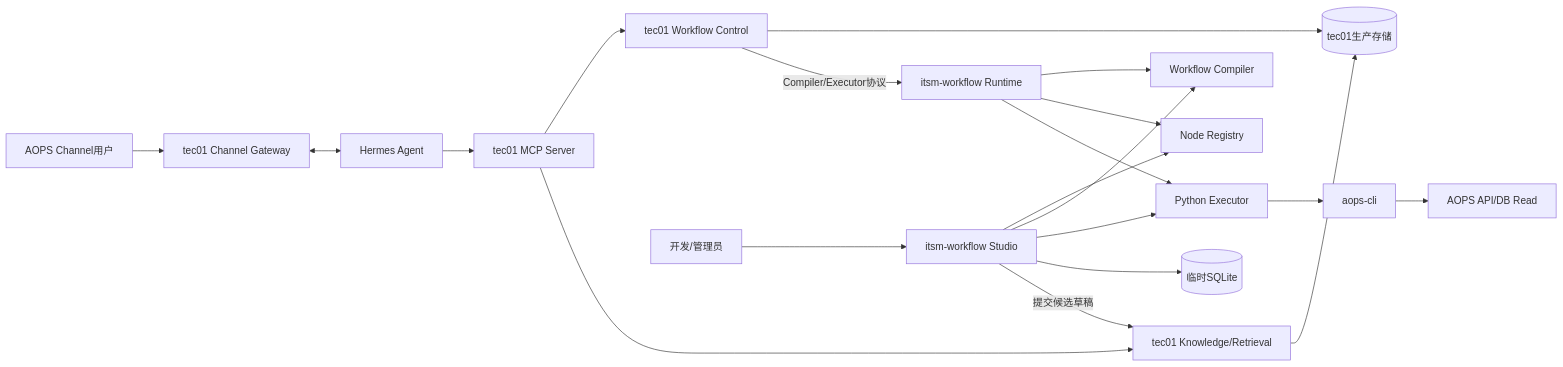
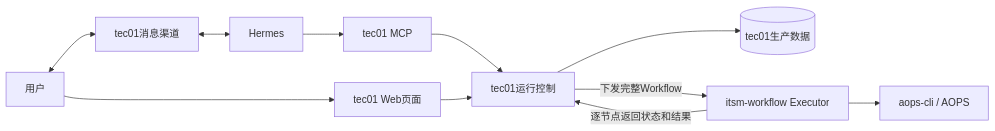
Before and after one commit to armin1024/itsm-workflow: the first of 5 diagrams in docs/tec01-control-plane-split.md, drawn with Mermaid. The commit also changed other lines of this file and 7 other files, not shown here.

Commit message:
docs: simplify tec01 push scheduling and user flows

````diff
--- a/docs/tec01-control-plane-split.md
+++ b/docs/tec01-control-plane-split.md
@@ -15,25 +14,13 @@
 ```mermaid
 flowchart LR
-    User[AOPS Channel用户] --> Channel[tec01 Channel Gateway]
-    Channel <--> Hermes[Hermes Agent]
-    Hermes --> MCP[tec01 MCP Server]
-
-    MCP --> Control[tec01 Workflow Control]
-    MCP --> Knowledge[tec01 Knowledge/Retrieval]
-    Control --> Prod[(tec01生产存储)]
-    Knowledge --> Prod
-
-    Control -->|Compiler/Executor协议| Runtime[itsm-workflow Runtime]
-    Runtime --> Compiler[Workflow Compiler]
-    Runtime --> Registry[Node Registry]
-    Runtime --> Executor[Python Executor]
-    Executor --> CLI[aops-cli]
-    CLI --> AOPS[AOPS API/DB Read]
-
-    Developer[开发/管理员] --> Studio[itsm-workflow Studio]
-    Studio --> Registry
-    Studio --> Compiler
-    Studio --> Executor
-    Studio --> Temp[(临时SQLite)]
-    Studio -->|提交候选草稿| Knowledge
+    U[用户] <--> C[tec01消息渠道]
+    C <--> H[Hermes]
+    H --> M[tec01 MCP]
+    U --> W[tec01 Web页面]
+    M --> T[tec01运行控制]
+    W --> T
+    T --> D[(tec01生产数据)]
+    T -->|下发完整Workflow| E[itsm-workflow Executor]
+    E --> A[aops-cli / AOPS]
+    E -->|逐节点返回状态和结果| T
 ```
````
